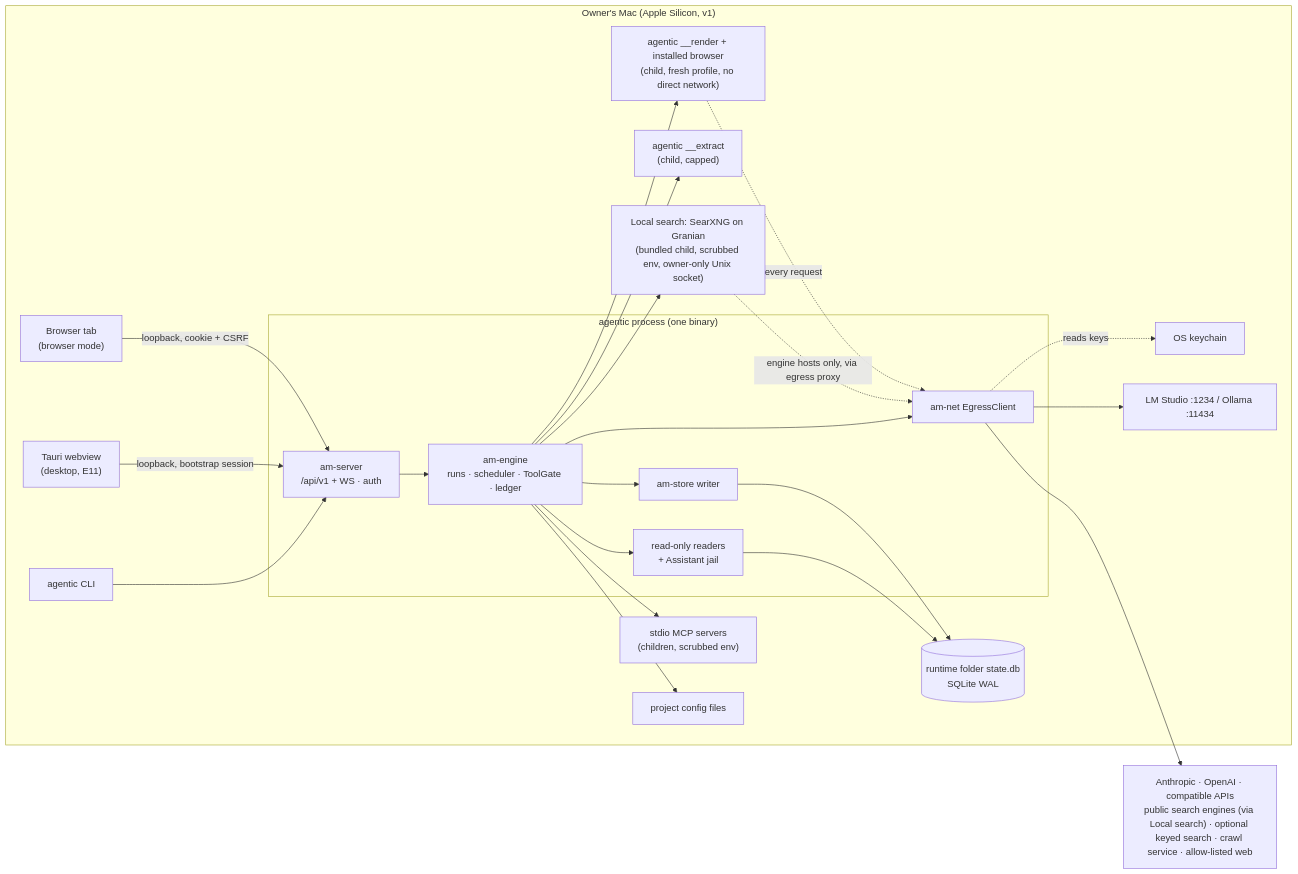
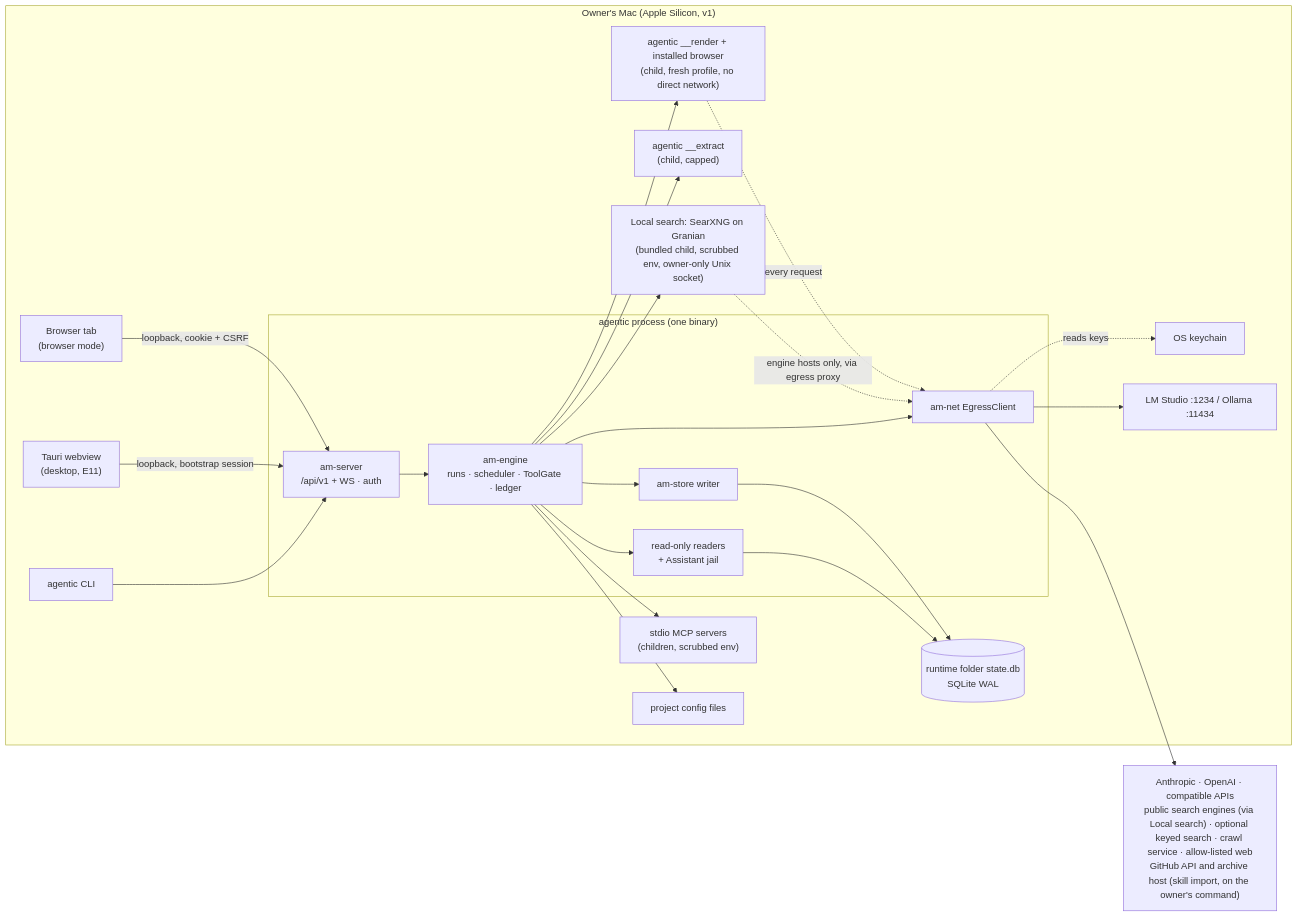
One commit to energyatom/agentic-manager changed the third of 5 diagrams in _bmad-output/initiative-agentic-manager/architecture-agentic-manager/architecture-agentic-manager.md. Above: the diagram before and after it, drawn with Mermaid. The commit also changed other lines of this file and 11 other files, not shown here.

First line of the commit message:
Sofia REPLAN 2026-11-22: skill import from a GitHub URL (epic 9 story 16)

````diff
--- a/_bmad-output/initiative-agentic-manager/architecture-agentic-manager/architecture-agentic-manager.md
+++ b/_bmad-output/initiative-agentic-manager/architecture-agentic-manager/architecture-agentic-manager.md
@@ -609,42 +609,42 @@
 ```mermaid
 flowchart LR
   subgraph Mac["Owner's Mac (Apple Silicon, v1)"]
     Browser["Browser tab<br/>(browser mode)"]
     Webview["Tauri webview<br/>(desktop, E11)"]
     CLI["agentic CLI"]
     subgraph Core["agentic process (one binary)"]
       Server["am-server<br/>/api/v1 + WS · auth"]
       Engine["am-engine<br/>runs · scheduler · ToolGate · ledger"]
       Writer["am-store writer"]
       Readers["read-only readers<br/>+ Assistant jail"]
       Net["am-net EgressClient"]
     end
     Extract["agentic __extract<br/>(child, capped)"]
     Render["agentic __render + installed browser<br/>(child, fresh profile, no direct network)"]
     Searx["Local search: SearXNG on Granian<br/>(bundled child, scrubbed env, owner-only Unix socket)"]
     MCPc["stdio MCP servers<br/>(children, scrubbed env)"]
     DB[("runtime folder state.db<br/>SQLite WAL")]
     Files["project config files"]
     KC["OS keychain"]
     Local["LM Studio :1234 / Ollama :11434"]
   end
-  Cloud["Anthropic · OpenAI · compatible APIs<br/>public search engines (via Local search) · optional keyed search · crawl service · allow-listed web"]
+  Cloud["Anthropic · OpenAI · compatible APIs<br/>public search engines (via Local search) · optional keyed search · crawl service · allow-listed web<br/>GitHub API and archive host (skill import, on the owner's command)"]
   Browser -->|loopback, cookie + CSRF| Server
   Webview -->|loopback, bootstrap session| Server
   CLI --> Server
   Server --> Engine
   Engine --> Writer --> DB
   Readers --> DB
   Engine --> Readers
   Engine --> Files
   Engine --> Extract
   Engine --> Render
   Render -.every request.-> Net
   Engine --> Searx
   Searx -.engine hosts only, via egress proxy.-> Net
   Engine --> MCPc
   Engine --> Net
   Net --> Local
   Net --> Cloud
   Net -.reads keys.-> KC
 ```
````
